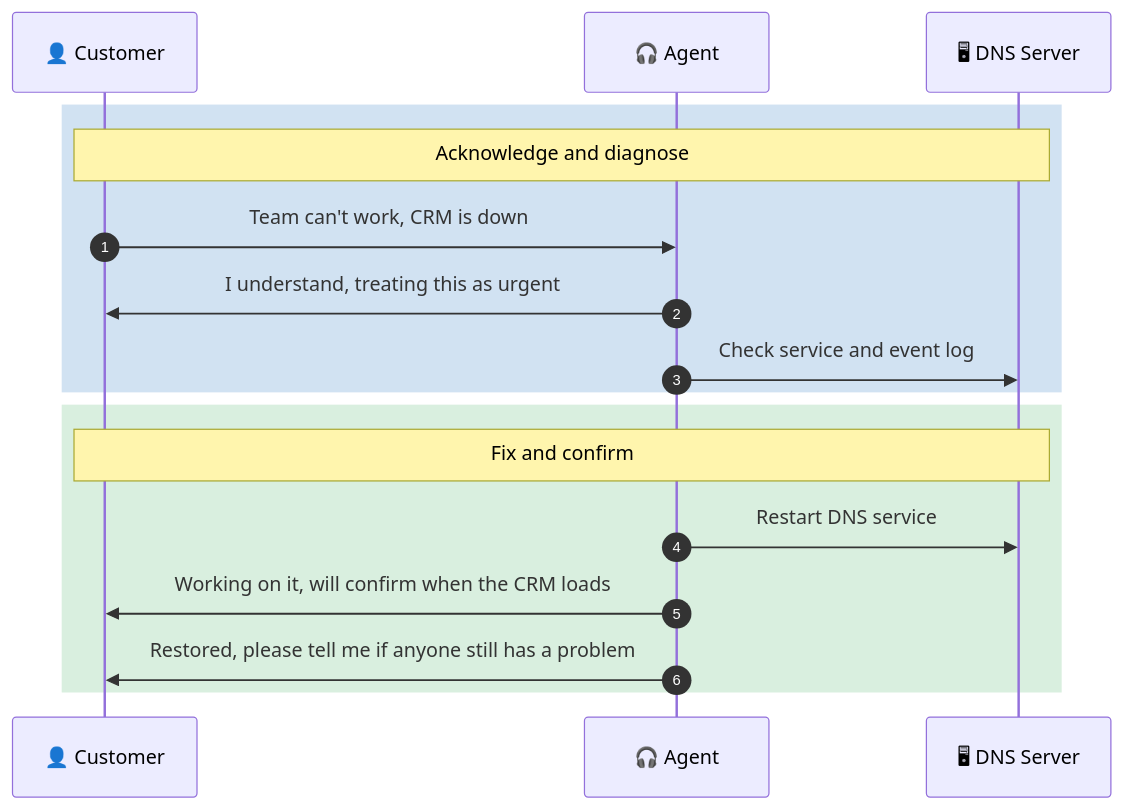
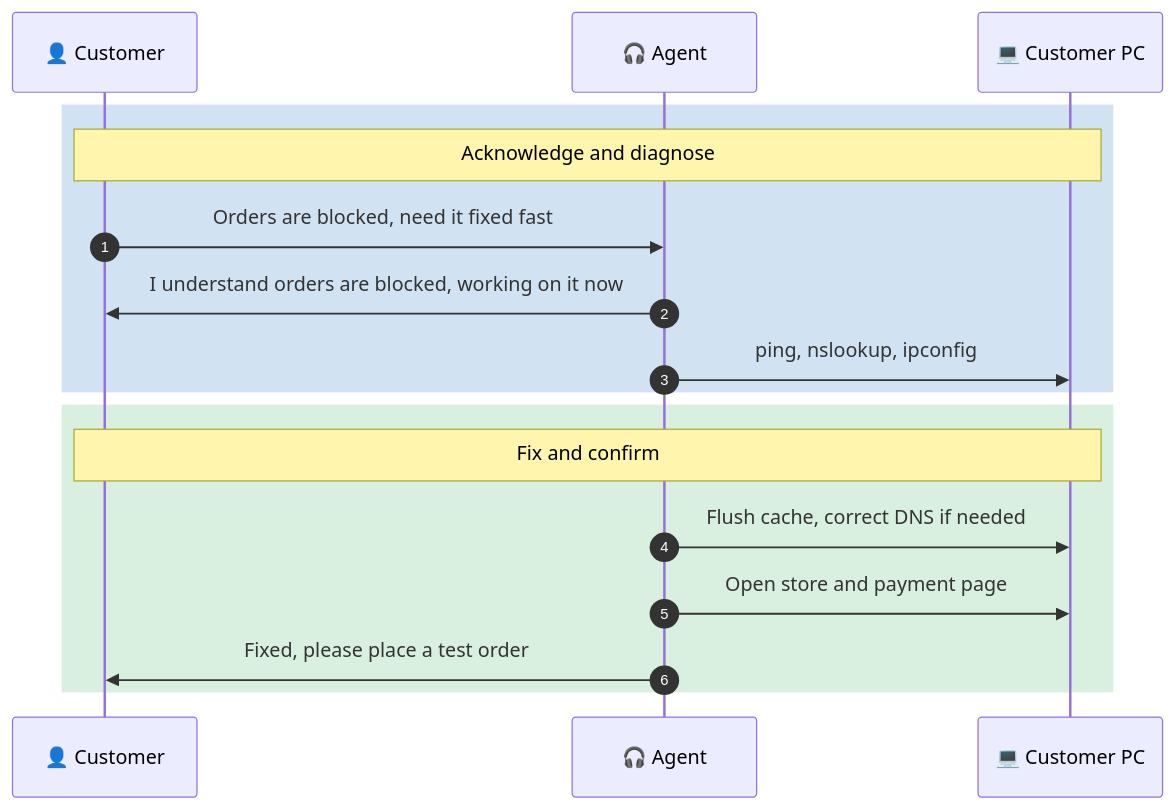
One commit to malaika-azhar/Customer-Tech-Support-Portfolio changed the fourth of 5 diagrams in 01-video-knowledge-base/01.1-DNS-Resolution-Issue.md. Above: the diagram before and after it, drawn with Mermaid. The commit also changed other lines of this file, not shown here.

````diff
--- a/01-video-knowledge-base/01.1-DNS-Resolution-Issue.md
+++ b/01-video-knowledge-base/01.1-DNS-Resolution-Issue.md
@@ -385,21 +276,21 @@
 ```mermaid
 sequenceDiagram
     autonumber
     participant C as 👤 Customer
     participant A as 🎧 Agent
-    participant S as 🖥 DNS Server
+    participant P as 💻 Customer PC
 
     rect rgba(0, 94, 184, 0.18)
-    Note over C,S: Acknowledge and diagnose
-    C->>A: Team can't work, CRM is down
-    A->>C: I understand, treating this as urgent
-    A->>S: Check service and event log
+    Note over C,P: Acknowledge and diagnose
+    C->>A: Orders are blocked, need it fixed fast
+    A->>C: I understand orders are blocked, working on it now
+    A->>P: ping, nslookup, ipconfig
     end
 
     rect rgba(46, 164, 79, 0.18)
-    Note over C,S: Fix and confirm
-    A->>S: Restart DNS service
-    A->>C: Working on it, will confirm when the CRM loads
-    A->>C: Restored, please tell me if anyone still has a problem
+    Note over C,P: Fix and confirm
+    A->>P: Flush cache, correct DNS if needed
+    A->>P: Open store and payment page
+    A->>C: Fixed, please place a test order
     end
 ```
````
